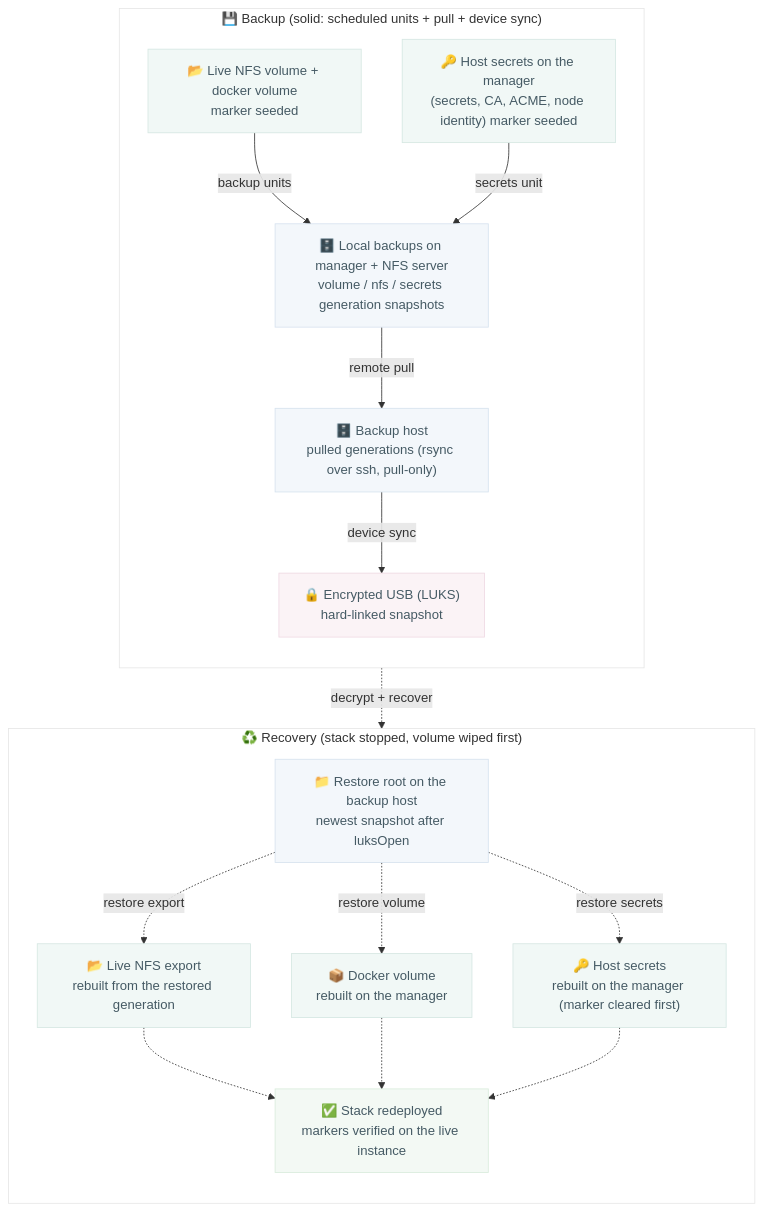
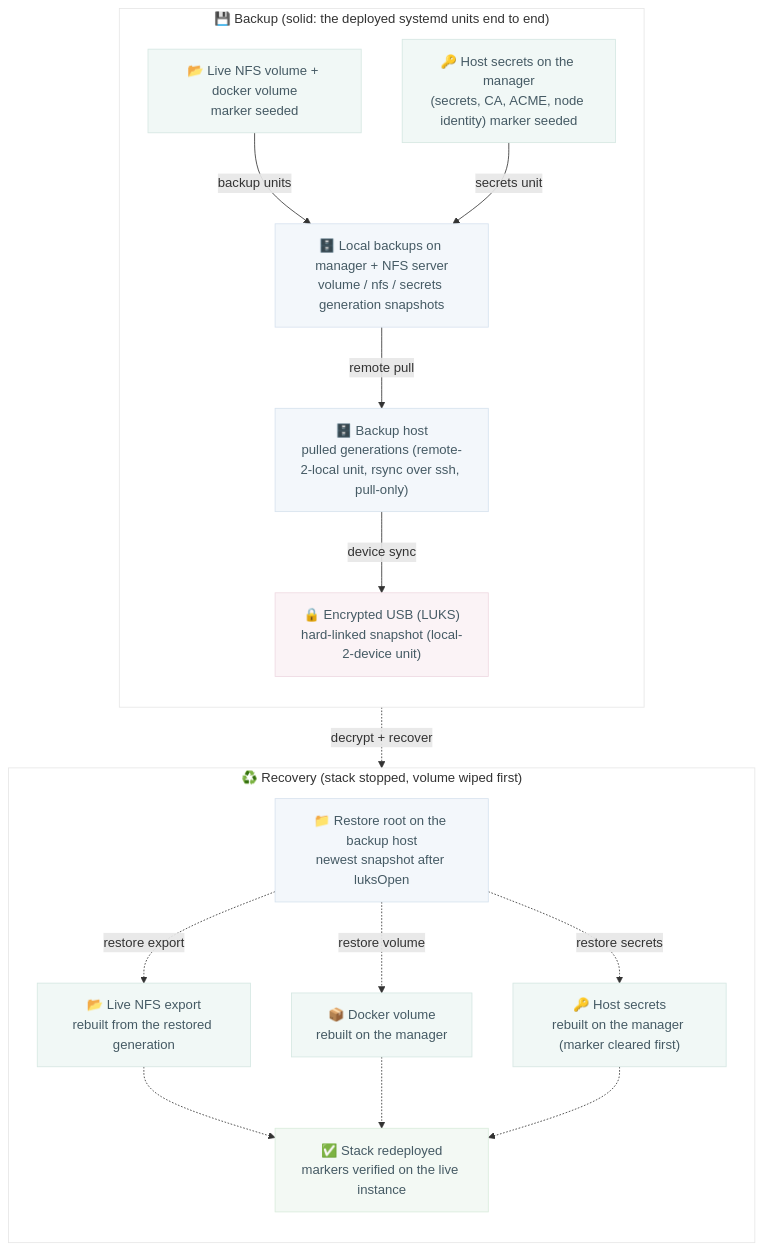
One commit to infinito-nexus/core changed the diagram in scripts/tests/deploy/swarm/routine/backup/README.md. Above: the diagram before and after it, drawn with Mermaid. The commit also changed 9 other files, not shown here.

First line of the commit message:
test(swarm): deploy the backup-host roles and drill the real units

````diff
--- a/scripts/tests/deploy/swarm/routine/backup/README.md
+++ b/scripts/tests/deploy/swarm/routine/backup/README.md
@@ -8,37 +8,37 @@
 ```mermaid
 flowchart TB
-    subgraph forward["💾 Backup (solid: scheduled units + pull + device sync)"]
+    subgraph forward["💾 Backup (solid: the deployed systemd units end to end)"]
         direction TB
         vol["📂 Live NFS volume + docker volume<br/>marker seeded"]:::live
         sec["🔑 Host secrets on the manager<br/>(secrets, CA, ACME, node identity) marker seeded"]:::live
         localbkp["🗄️ Local backups on manager + NFS server<br/>volume / nfs / secrets generation snapshots"]:::store
-        pulled["🗄️ Backup host<br/>pulled generations (rsync over ssh, pull-only)"]:::store
-        usb["🔒 Encrypted USB (LUKS)<br/>hard-linked snapshot"]:::device
+        pulled["🗄️ Backup host<br/>pulled generations (remote-2-local unit, rsync over ssh, pull-only)"]:::store
+        usb["🔒 Encrypted USB (LUKS)<br/>hard-linked snapshot (local-2-device unit)"]:::device
         vol -->|backup units| localbkp
         sec -->|secrets unit| localbkp
         localbkp -->|remote pull| pulled -->|device sync| usb
     end
 
     subgraph recovery["♻️ Recovery (stack stopped, volume wiped first)"]
         direction TB
         restored["📁 Restore root on the backup host<br/>newest snapshot after luksOpen"]:::store
         export["📂 Live NFS export<br/>rebuilt from the restored generation"]:::live
         volume["📦 Docker volume<br/>rebuilt on the manager"]:::live
         secrets["🔑 Host secrets<br/>rebuilt on the manager (marker cleared first)"]:::live
         verified["✅ Stack redeployed<br/>markers verified on the live instance"]:::ok
         usb -.->|decrypt + recover| restored
         restored -.->|restore export| export
         restored -.->|restore volume| volume
         restored -.->|restore secrets| secrets
         export -.-> verified
         volume -.-> verified
         secrets -.-> verified
     end
 
     classDef live fill:#f1f8f6,stroke:#d5e7e2,color:#455a64;
     classDef store fill:#f3f7fb,stroke:#d6e2ee,color:#455a64;
     classDef device fill:#fbf3f6,stroke:#eed9e2,color:#455a64;
     classDef ok fill:#f3f9f4,stroke:#d9ecdc,color:#455a64;
     style forward fill:#ffffff,stroke:#e6e6e6;
     style recovery fill:#ffffff,stroke:#e6e6e6;
 ```
````
